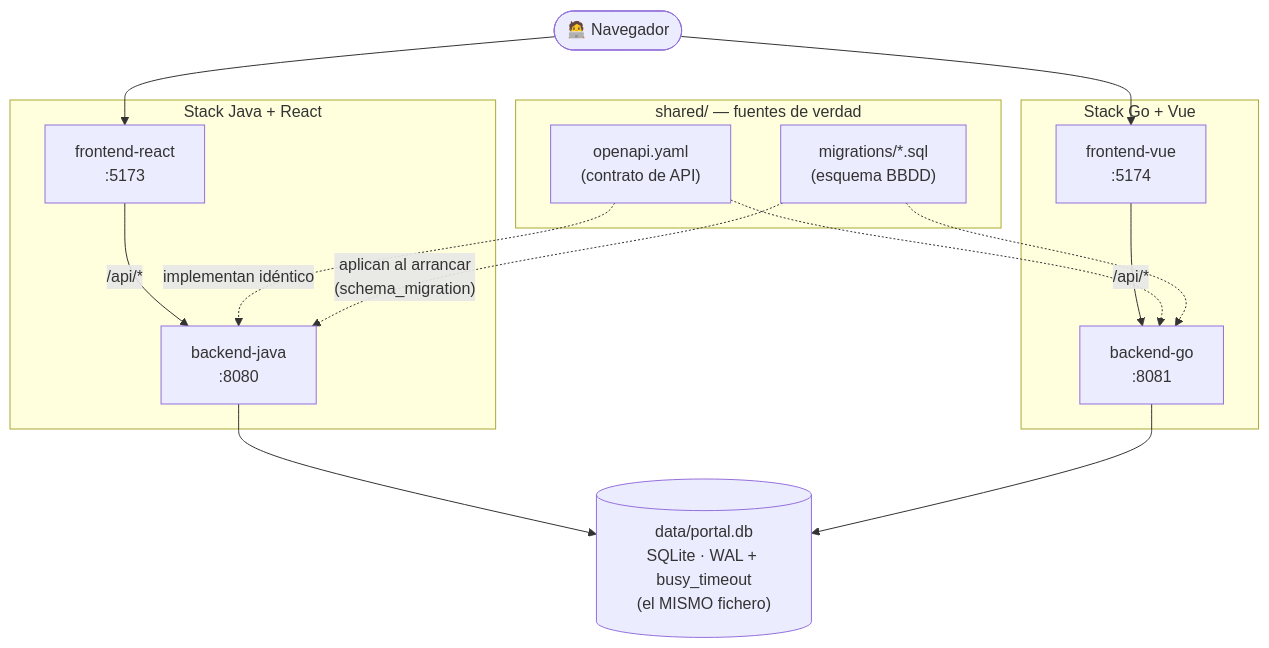
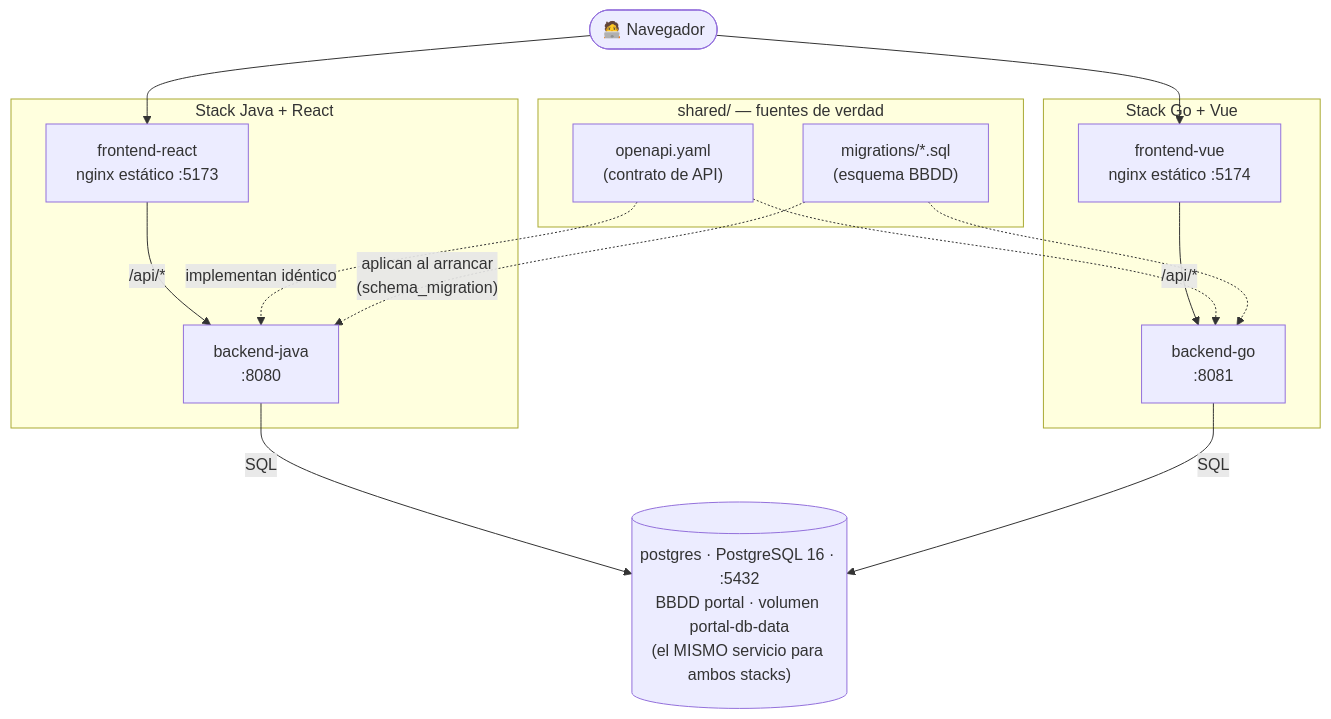
One commit to dierodfer/demo-jam2 changed the third of 3 diagrams in README.md. Above: the diagram before and after it, drawn with Mermaid. The commit also changed other lines of this file and 22 other files, not shown here.

````diff
--- a/README.md
+++ b/README.md
@@ -89,32 +98,32 @@
 ```mermaid
 flowchart TB
     navegador(["🧑‍💻 Navegador"])
 
     subgraph stack_java["Stack Java + React"]
-        react["frontend-react<br/>:5173"]
+        react["frontend-react<br/>nginx estático :5173"]
         java["backend-java<br/>:8080"]
     end
 
     subgraph stack_go["Stack Go + Vue"]
-        vue["frontend-vue<br/>:5174"]
+        vue["frontend-vue<br/>nginx estático :5174"]
         go["backend-go<br/>:8081"]
     end
 
     subgraph compartido["shared/ — fuentes de verdad"]
         contrato["openapi.yaml<br/>(contrato de API)"]
         migraciones["migrations/*.sql<br/>(esquema BBDD)"]
     end
 
-    db[("data/portal.db<br/>SQLite · WAL + busy_timeout<br/>(el MISMO fichero)")]
+    db[("postgres · PostgreSQL 16 · :5432<br/>BBDD portal · volumen portal-db-data<br/>(el MISMO servicio para ambos stacks)")]
 
     navegador --> react
     navegador --> vue
     react -->|"/api/*"| java
     vue -->|"/api/*"| go
-    java --> db
-    go --> db
+    java -->|"SQL"| db
+    go -->|"SQL"| db
     contrato -.->|"implementan idéntico"| java
     contrato -.-> go
     migraciones -.->|"aplican al arrancar<br/>(schema_migration)"| java
     migraciones -.-> go
 ```
````
